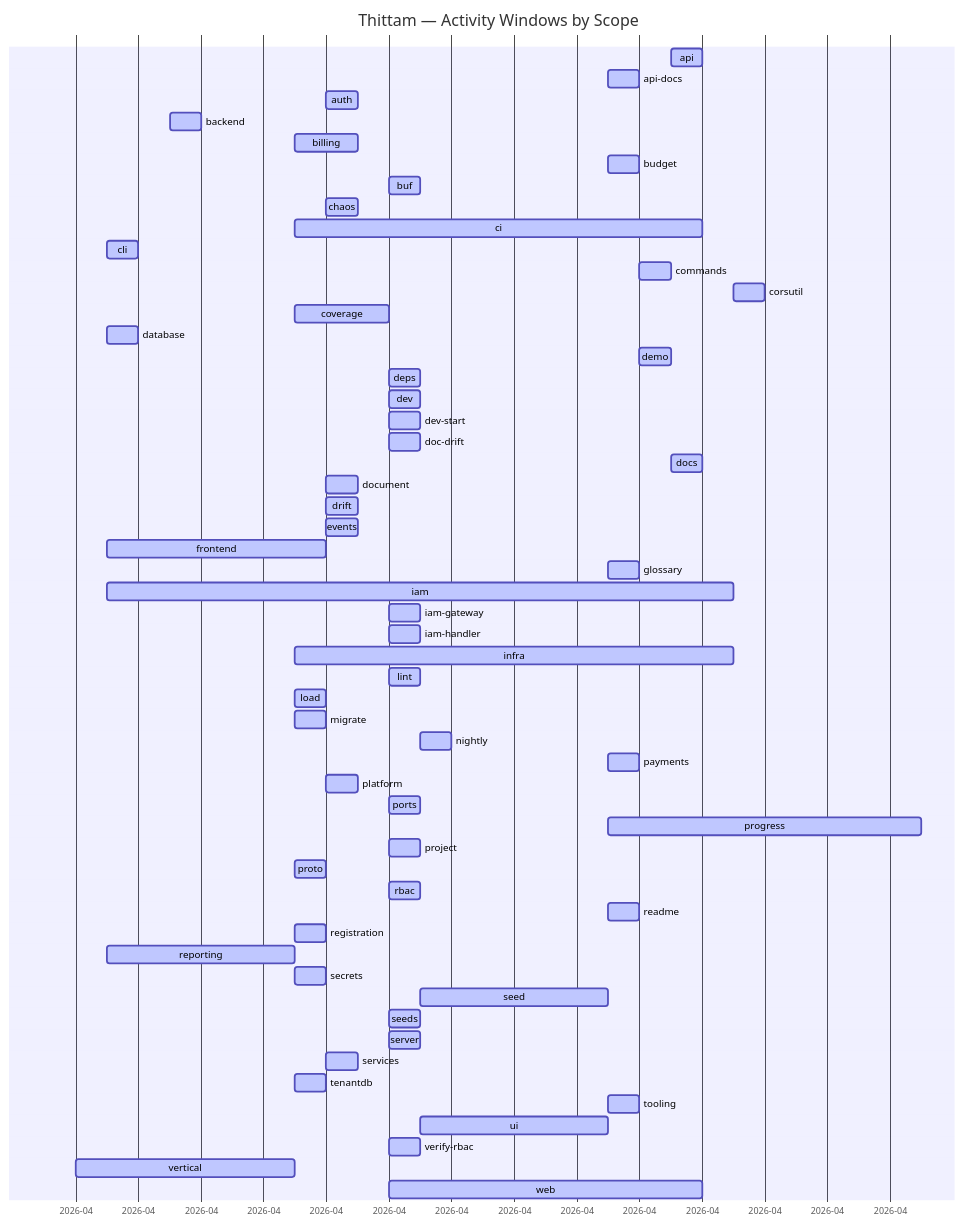
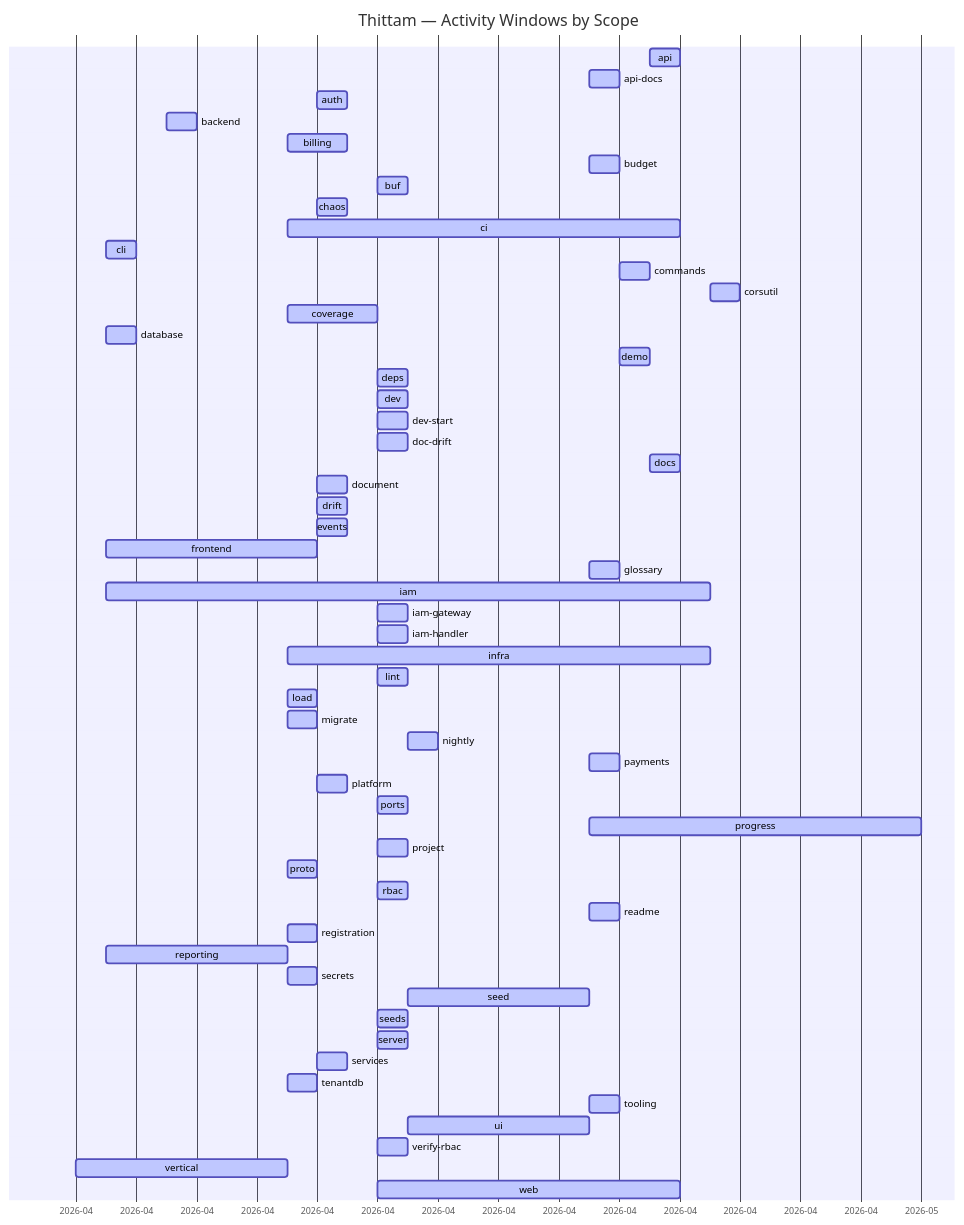
Before and after one commit to wegofwd2020-hub/thittam: the diagram in docs/PROGRESS.md, drawn with Mermaid. The commit also changed other lines of this file and 1 other file, not shown here.

Commit message:
chore(progress): nightly update of docs/PROGRESS.md + CSVs

````diff
--- a/docs/PROGRESS.md
+++ b/docs/PROGRESS.md
@@ -9,60 +9,60 @@
 ```mermaid
 gantt
     title Thittam — Activity Windows by Scope
     dateFormat YYYY-MM-DD
     axisFormat %Y-%m
     api                :active, s_api, 2026-04-22, 2026-04-23
     api-docs           :active, s_api_docs, 2026-04-20, 2026-04-21
     auth               :active, s_auth, 2026-04-11, 2026-04-12
     backend            :active, s_backend, 2026-04-06, 2026-04-07
     billing            :active, s_billing, 2026-04-10, 2026-04-12
     budget             :active, s_budget, 2026-04-20, 2026-04-21
     buf                :active, s_buf, 2026-04-13, 2026-04-14
     chaos              :active, s_chaos, 2026-04-11, 2026-04-12
     ci                 :active, s_ci, 2026-04-10, 2026-04-23
     cli                :active, s_cli, 2026-04-04, 2026-04-05
     commands           :active, s_commands, 2026-04-21, 2026-04-22
     corsutil           :active, s_corsutil, 2026-04-24, 2026-04-25
     coverage           :active, s_coverage, 2026-04-10, 2026-04-13
     database           :active, s_database, 2026-04-04, 2026-04-05
     demo               :active, s_demo, 2026-04-21, 2026-04-22
     deps               :active, s_deps, 2026-04-13, 2026-04-14
     dev                :active, s_dev, 2026-04-13, 2026-04-14
     dev-start          :active, s_dev_start, 2026-04-13, 2026-04-14
     doc-drift          :active, s_doc_drift, 2026-04-13, 2026-04-14
     docs               :active, s_docs, 2026-04-22, 2026-04-23
     document           :active, s_document, 2026-04-11, 2026-04-12
     drift              :active, s_drift, 2026-04-11, 2026-04-12
     events             :active, s_events, 2026-04-11, 2026-04-12
     frontend           :active, s_frontend, 2026-04-04, 2026-04-11
     glossary           :active, s_glossary, 2026-04-20, 2026-04-21
     iam                :active, s_iam, 2026-04-04, 2026-04-24
     iam-gateway        :active, s_iam_gateway, 2026-04-13, 2026-04-14
     iam-handler        :active, s_iam_handler, 2026-04-13, 2026-04-14
     infra              :active, s_infra, 2026-04-10, 2026-04-24
     lint               :active, s_lint, 2026-04-13, 2026-04-14
     load               :active, s_load, 2026-04-10, 2026-04-11
     migrate            :active, s_migrate, 2026-04-10, 2026-04-11
     nightly            :active, s_nightly, 2026-04-14, 2026-04-15
     payments           :active, s_payments, 2026-04-20, 2026-04-21
     platform           :active, s_platform, 2026-04-11, 2026-04-12
     ports              :active, s_ports, 2026-04-13, 2026-04-14
-    progress           :active, s_progress, 2026-04-20, 2026-04-30
+    progress           :active, s_progress, 2026-04-20, 2026-05-01
     project            :active, s_project, 2026-04-13, 2026-04-14
     proto              :active, s_proto, 2026-04-10, 2026-04-11
     rbac               :active, s_rbac, 2026-04-13, 2026-04-14
     readme             :active, s_readme, 2026-04-20, 2026-04-21
     registration       :active, s_registration, 2026-04-10, 2026-04-11
     reporting          :active, s_reporting, 2026-04-04, 2026-04-10
     secrets            :active, s_secrets, 2026-04-10, 2026-04-11
     seed               :active, s_seed, 2026-04-14, 2026-04-20
     seeds              :active, s_seeds, 2026-04-13, 2026-04-14
     server             :active, s_server, 2026-04-13, 2026-04-14
     services           :active, s_services, 2026-04-11, 2026-04-12
     tenantdb           :active, s_tenantdb, 2026-04-10, 2026-04-11
     tooling            :active, s_tooling, 2026-04-20, 2026-04-21
     ui                 :active, s_ui, 2026-04-14, 2026-04-20
     verify-rbac        :active, s_verify_rbac, 2026-04-13, 2026-04-14
     vertical           :active, s_vertical, 2026-04-03, 2026-04-10
     web                :active, s_web, 2026-04-13, 2026-04-23
 ```
````
